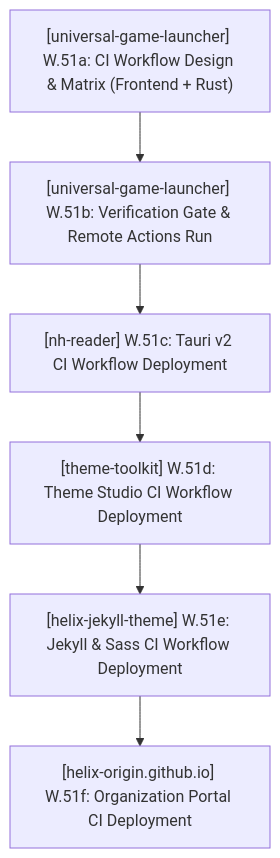
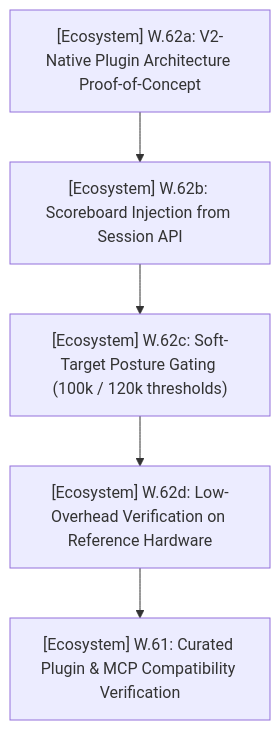
One commit to HELIX-Origin/agents changed the diagram in PLAN.md. Above: the diagram before and after it, drawn with Mermaid. The commit also changed other lines of this file and 35 other files, not shown here.

````diff
--- a/PLAN.md
+++ b/PLAN.md
@@ -244,8 +26,7 @@
 ```mermaid
 flowchart TD
-    S28_1["[universal-game-launcher] W.51a: CI Workflow Design & Matrix (Frontend + Rust)"] --> S28_2["[universal-game-launcher] W.51b: Verification Gate & Remote Actions Run"]
-    S28_2 --> S28_3["[nh-reader] W.51c: Tauri v2 CI Workflow Deployment"]
-    S28_3 --> S28_4["[theme-toolkit] W.51d: Theme Studio CI Workflow Deployment"]
-    S28_4 --> S28_5["[helix-jekyll-theme] W.51e: Jekyll & Sass CI Workflow Deployment"]
-    S28_5 --> S28_6["[helix-origin.github.io] W.51f: Organization Portal CI Deployment"]
+    S35_1["[Ecosystem] W.62a: V2-Native Plugin Architecture Proof-of-Concept"] --> S35_2["[Ecosystem] W.62b: Scoreboard Injection from Session API"]
+    S35_2 --> S35_3["[Ecosystem] W.62c: Soft-Target Posture Gating (100k / 120k thresholds)"]
+    S35_3 --> S35_4["[Ecosystem] W.62d: Low-Overhead Verification on Reference Hardware"]
+    S35_4 --> S35_5["[Ecosystem] W.61: Curated Plugin & MCP Compatibility Verification"]
 ```
````
